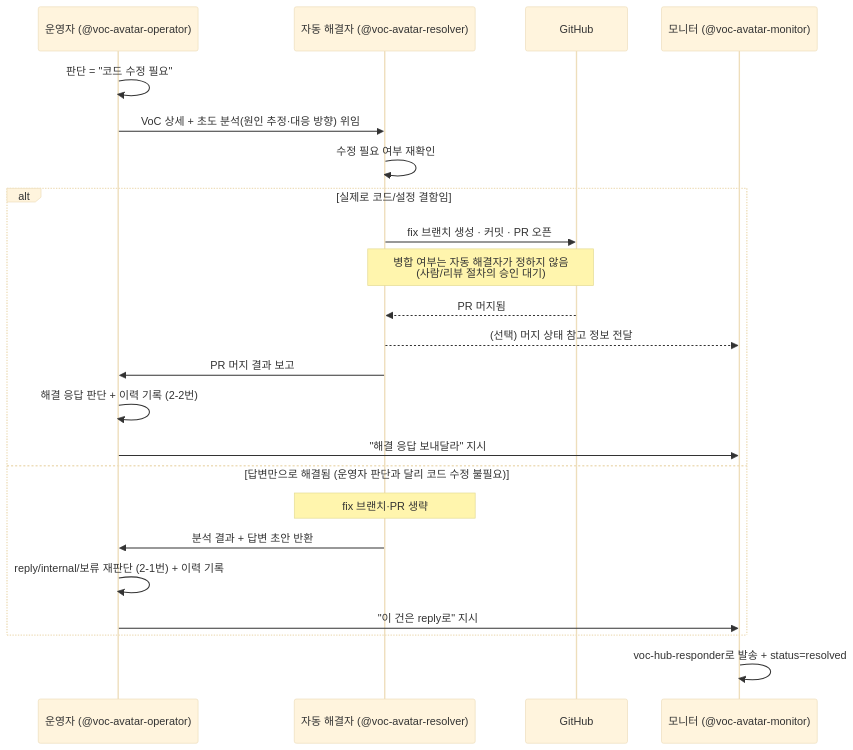
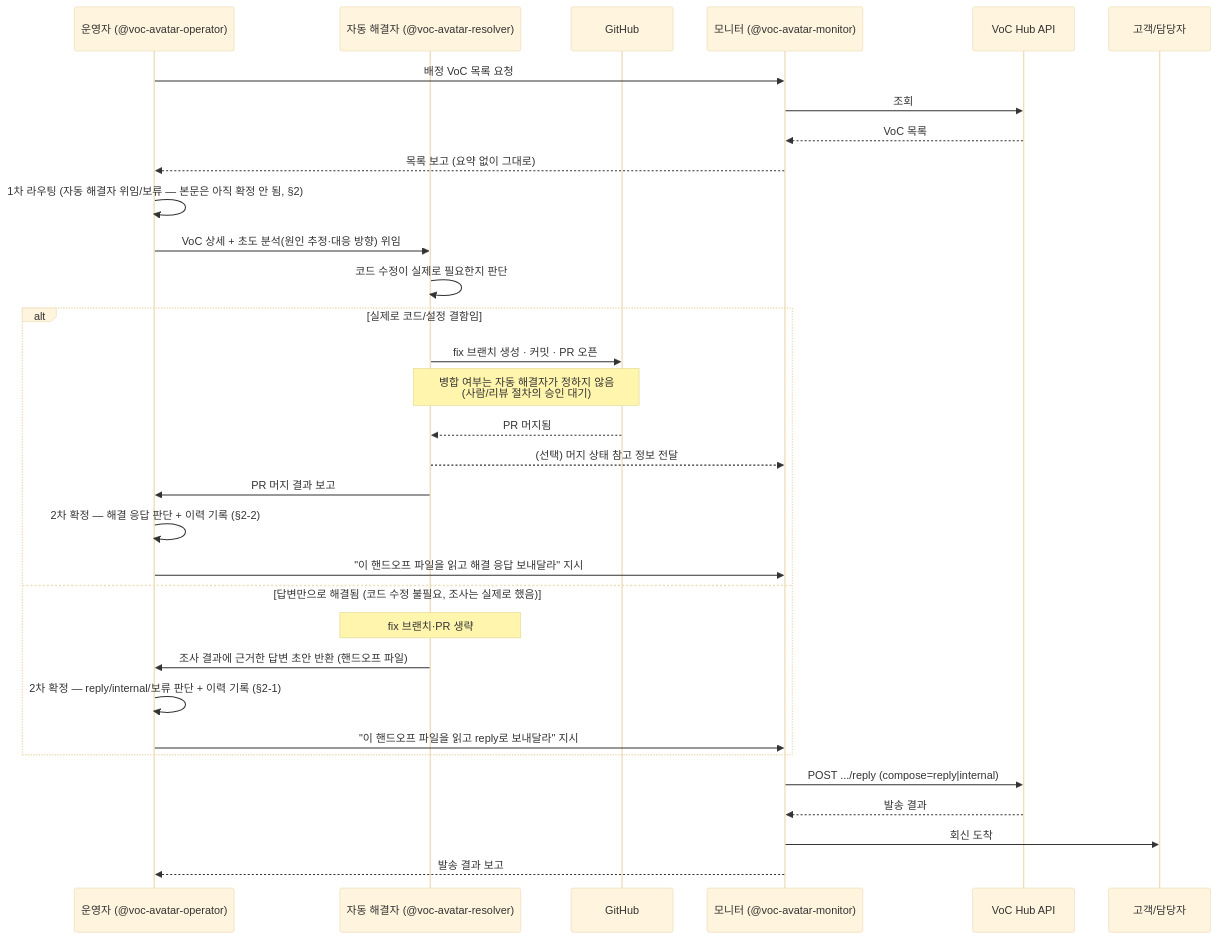
Before and after one commit to panicdna/try-avatar: the second of 3 diagrams in voc-avatar-marketplace/plugins/voc-avatar-partner/README.md, drawn with Mermaid (base theme). The commit also changed other lines of this file and 6 other files, not shown here.

````diff
--- a/voc-avatar-marketplace/plugins/voc-avatar-partner/README.md
+++ b/voc-avatar-marketplace/plugins/voc-avatar-partner/README.md
@@ -163,26 +262,35 @@
 ```mermaid
 sequenceDiagram
     participant O as 운영자 (@voc-avatar-operator)
     participant R as 자동 해결자 (@voc-avatar-resolver)
     participant G as GitHub
     participant M as 모니터 (@voc-avatar-monitor)
+    participant V as VoC Hub API
+    participant C as 고객/담당자
 
-    O->>O: 판단 = "코드 수정 필요"
+    O->>M: 배정 VoC 목록 요청
+    M->>V: 조회
+    V-->>M: VoC 목록
+    M-->>O: 목록 보고 (요약 없이 그대로)
+    O->>O: 1차 라우팅 (자동 해결자 위임/보류 — 본문은 아직 확정 안 됨, §2)
     O->>R: VoC 상세 + 초도 분석(원인 추정·대응 방향) 위임
-    R->>R: 수정 필요 여부 재확인
+    R->>R: 코드 수정이 실제로 필요한지 판단
     alt 실제로 코드/설정 결함임
         R->>G: fix 브랜치 생성 · 커밋 · PR 오픈
         Note over R,G: 병합 여부는 자동 해결자가 정하지 않음<br/>(사람/리뷰 절차의 승인 대기)
         G-->>R: PR 머지됨
         R-->>M: (선택) 머지 상태 참고 정보 전달
         R->>O: PR 머지 결과 보고
-        O->>O: 해결 응답 판단 + 이력 기록 (2-2번)
-        O->>M: "해결 응답 보내달라" 지시
-    else 답변만으로 해결됨 (운영자 판단과 달리 코드 수정 불필요)
+        O->>O: 2차 확정 — 해결 응답 판단 + 이력 기록 (§2-2)
+        O->>M: "이 핸드오프 파일을 읽고 해결 응답 보내달라" 지시
+    else 답변만으로 해결됨 (코드 수정 불필요, 조사는 실제로 했음)
         Note over R: fix 브랜치·PR 생략
-        R->>O: 분석 결과 + 답변 초안 반환
-        O->>O: reply/internal/보류 재판단 (2-1번) + 이력 기록
-        O->>M: "이 건은 reply로" 지시
+        R->>O: 조사 결과에 근거한 답변 초안 반환 (핸드오프 파일)
+        O->>O: 2차 확정 — reply/internal/보류 판단 + 이력 기록 (§2-1)
+        O->>M: "이 핸드오프 파일을 읽고 reply로 보내달라" 지시
     end
-    M->>M: voc-hub-responder로 발송 + status=resolved
+    M->>V: POST .../reply (compose=reply|internal)
+    V-->>M: 발송 결과
+    M->>C: 회신 도착
+    M-->>O: 발송 결과 보고
 ```
````
